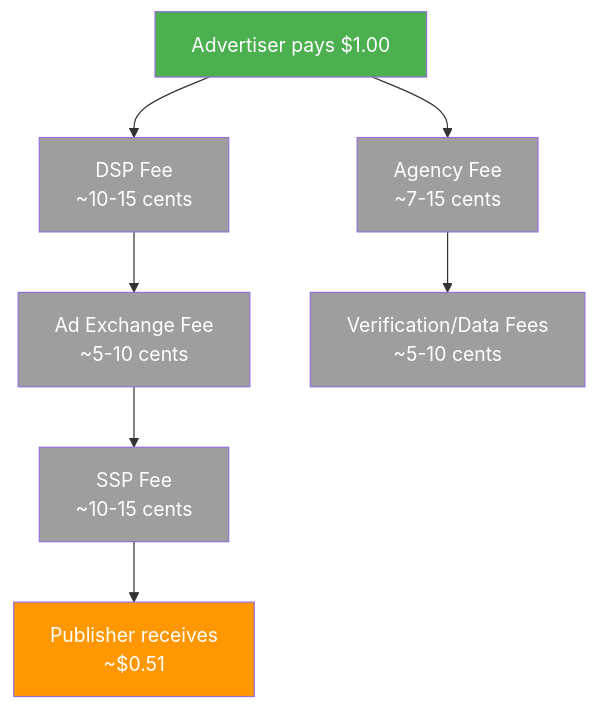
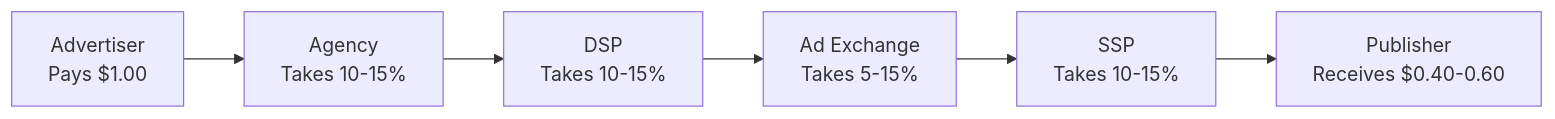
The first of 2 diagrams in adtech/ecosystem-players.mdx (saanghyuk/ship-your-ads), drawn with Mermaid before and after one commit. The commit also changed other lines of this file and 47 other files, not shown here.

````diff
--- a/adtech/ecosystem-players.mdx
+++ b/adtech/ecosystem-players.mdx
@@ -159,18 +60,8 @@
 ```mermaid
-graph TD
-    A["Advertiser pays $1.00"] --> B["Agency Fee<br/>~7-15 cents"]
-    A --> C["DSP Fee<br/>~10-15 cents"]
-    C --> D["Ad Exchange Fee<br/>~5-10 cents"]
-    D --> E["SSP Fee<br/>~10-15 cents"]
-    E --> F["Publisher receives<br/>~$0.51"]
-
-    B --> G["Verification/Data Fees<br/>~5-10 cents"]
-
-    style A fill:#4CAF50,color:#fff
-    style F fill:#FF9800,color:#fff
-    style B fill:#9E9E9E,color:#fff
-    style C fill:#9E9E9E,color:#fff
-    style D fill:#9E9E9E,color:#fff
-    style E fill:#9E9E9E,color:#fff
-    style G fill:#9E9E9E,color:#fff
+graph LR
+    ADV["Advertiser<br/>Pays $1.00"] --> AG["Agency<br/>Takes 10-15%"]
+    AG --> DSP["DSP<br/>Takes 10-15%"]
+    DSP --> AX["Ad Exchange<br/>Takes 5-15%"]
+    AX --> SSP["SSP<br/>Takes 10-15%"]
+    SSP --> PUB["Publisher<br/>Receives $0.40-0.60"]
 ```
````
